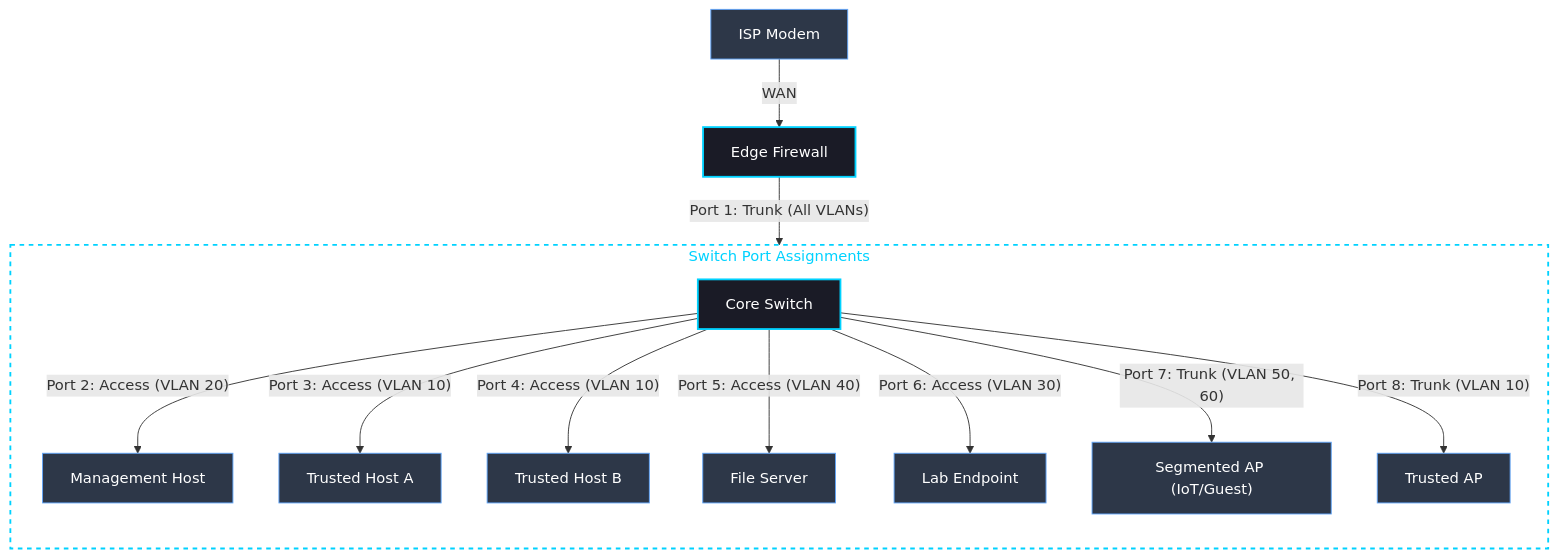
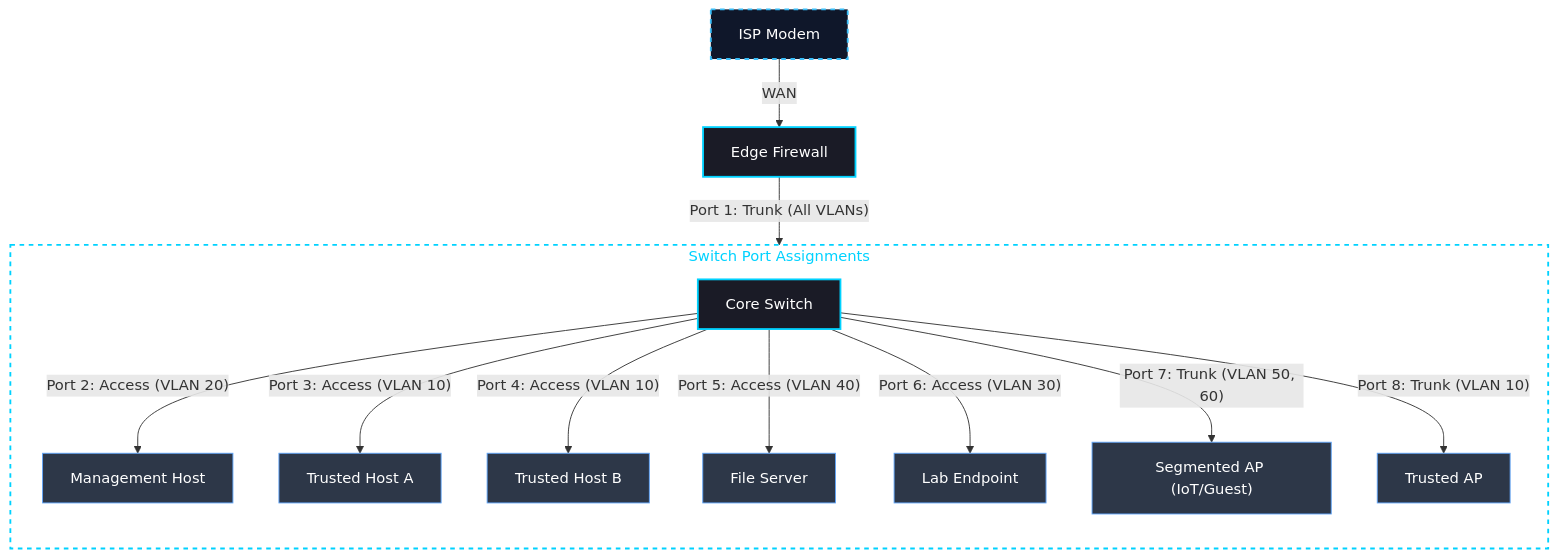
The diagram in network-core/switch-config/vlan-setup.md (gurvinny/home-network-lab), drawn with Mermaid before and after one commit. The commit also changed 4 other files, not shown here.

First line of the commit message:
docs: standardise mermaid theme — universal class names and consistent hex values

````diff
--- a/network-core/switch-config/vlan-setup.md
+++ b/network-core/switch-config/vlan-setup.md
@@ -17,23 +17,23 @@
 ```mermaid
 graph TB
     %% Cyber Sec Grey/Blue Theme
+    classDef internet fill:#0f172a,stroke:#38bdf8,stroke-width:2px,color:#ffffff,stroke-dasharray: 5 5;
     classDef firewall fill:#1a1b26,stroke:#00d2ff,stroke-width:2px,color:#ffffff;
-    classDef switch fill:#1a1b26,stroke:#00d2ff,stroke-width:2px,color:#ffffff;
-    classDef endpoint fill:#2d3748,stroke:#60a5fa,stroke-width:1px,color:#ffffff;
+    classDef device fill:#2d3748,stroke:#60a5fa,stroke-width:1px,color:#ffffff;
     classDef zone fill:#00000000,stroke:#00d2ff,stroke-width:2px,color:#00d2ff,stroke-dasharray: 5 5;
 
-    ISP["ISP Modem"]:::endpoint -->|"WAN"| FW["Edge Firewall"]:::firewall
-    FW -->|"Port 1: Trunk (All VLANs)"| SW["Core Switch"]:::switch
+    ISP["ISP Modem"]:::internet -->|"WAN"| FW["Edge Firewall"]:::firewall
+    FW -->|"Port 1: Trunk (All VLANs)"| SW["Core Switch"]:::firewall
 
     subgraph Port_Assignments ["Switch Port Assignments"]
         direction TB
-        SW -->|"Port 2: Access (VLAN 20)"| MgmtHost["Management Host"]:::endpoint
-        SW -->|"Port 3: Access (VLAN 10)"| TrustedHost1["Trusted Host A"]:::endpoint
-        SW -->|"Port 4: Access (VLAN 10)"| TrustedHost2["Trusted Host B"]:::endpoint
-        SW -->|"Port 5: Access (VLAN 40)"| FileServer["File Server"]:::endpoint
-        SW -->|"Port 6: Access (VLAN 30)"| LabEndpoint["Lab Endpoint"]:::endpoint
-        SW -->|"Port 7: Trunk (VLAN 50, 60)"| SegmentedAP["Segmented AP (IoT/Guest)"]:::endpoint
-        SW -->|"Port 8: Trunk (VLAN 10)"| TrustedAP["Trusted AP"]:::endpoint
+        SW -->|"Port 2: Access (VLAN 20)"| MgmtHost["Management Host"]:::device
+        SW -->|"Port 3: Access (VLAN 10)"| TrustedHost1["Trusted Host A"]:::device
+        SW -->|"Port 4: Access (VLAN 10)"| TrustedHost2["Trusted Host B"]:::device
+        SW -->|"Port 5: Access (VLAN 40)"| FileServer["File Server"]:::device
+        SW -->|"Port 6: Access (VLAN 30)"| LabEndpoint["Lab Endpoint"]:::device
+        SW -->|"Port 7: Trunk (VLAN 50, 60)"| SegmentedAP["Segmented AP (IoT/Guest)"]:::device
+        SW -->|"Port 8: Trunk (VLAN 10)"| TrustedAP["Trusted AP"]:::device
     end
     class Port_Assignments zone;
 ```
````
